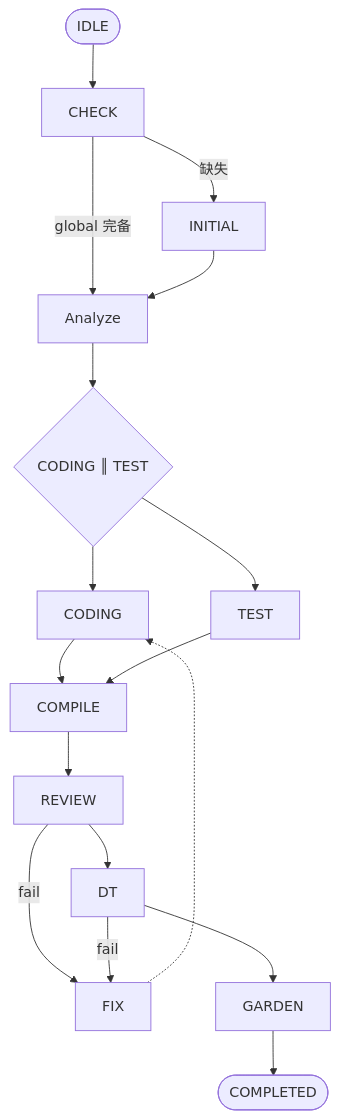
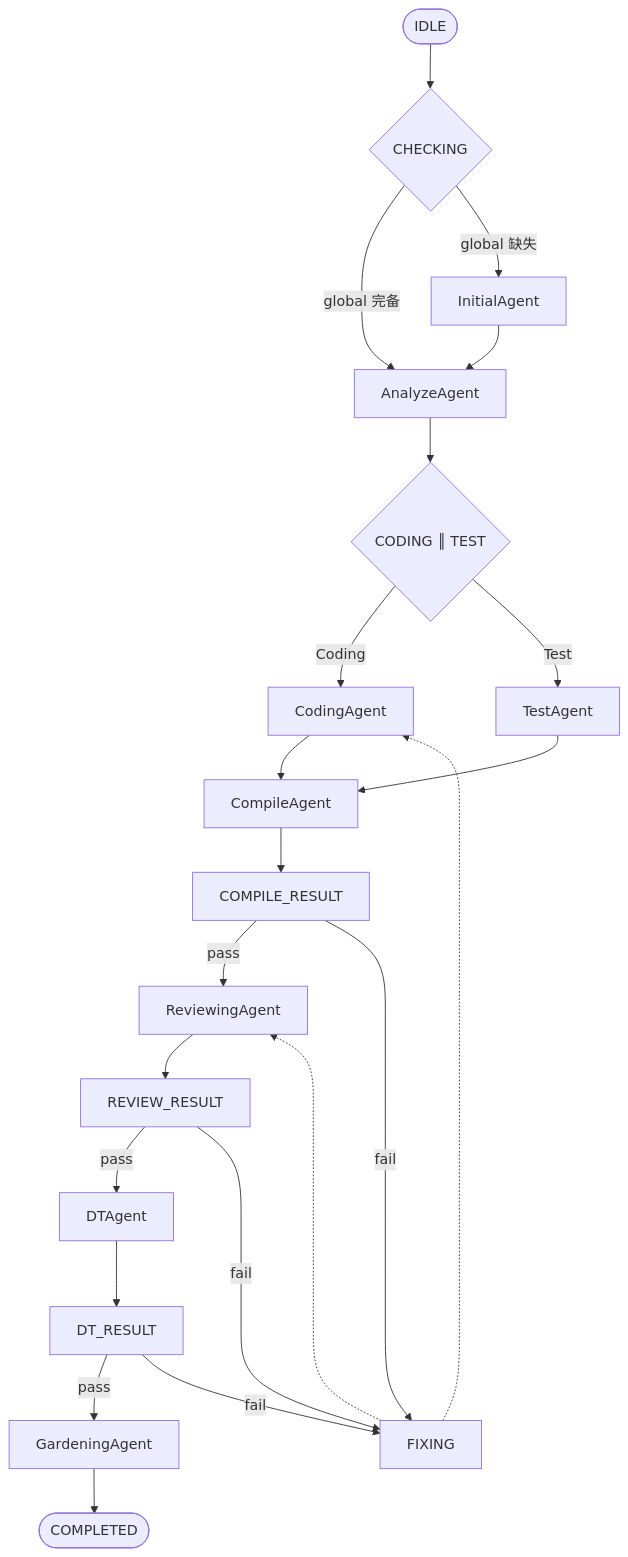
The diagram in README.md (Eathoublu/EathouHarness), drawn with Mermaid before and after one commit.

Commit message:
init commit

````diff
--- a/README.md
+++ b/README.md
@@ -24,23 +24,30 @@
 ```mermaid
 flowchart TD
-    START([IDLE]) --> CHECK
-    CHECK -->|global 完备| ANALYZE
-    CHECK -->|缺失| INITIAL
-    INITIAL --> ANALYZE
+    START([IDLE]) --> CHECK{CHECKING}
+    CHECK -->|global 完备| ANALYZING
+    CHECK -->|global 缺失| INITIAL[InitialAgent]
+    INITIAL --> ANALYZING
     
-    ANALYZE[Analyze] --> PAR{CODING ║ TEST}
-    PAR --> CODING
-    PAR --> TEST
-    CODING --> COMPILE
-    TEST --> COMPILE
+    ANALYZING[AnalyzeAgent] --> PAR{CODING ║ TEST}
+    PAR -->|Coding| CODING[CodingAgent]
+    PAR -->|Test| TEST[TestAgent]
+    CODING --> COMPILING
+    TEST --> COMPILING
     
-    COMPILE --> REVIEW
-    REVIEW -->|fail| FIX
-    REVIEW --> DT
+    COMPILING[CompileAgent] --> COMPILE_RESULT
+    COMPILE_RESULT -->|pass| REVIEWING[ReviewingAgent]
+    COMPILE_RESULT -->|fail| FIXING
     
-    DT -->|fail| FIX
-    DT --> GARDEN
+    REVIEWING --> REVIEW_RESULT
+    REVIEW_RESULT -->|pass| DT[DTAgent]
+    REVIEW_RESULT -->|fail| FIXING
     
-    GARDEN --> END([COMPLETED])
-    FIX -.-> CODING
+    DT --> DT_RESULT
+    DT_RESULT -->|pass| GARDENING[GardeningAgent]
+    DT_RESULT -->|fail| FIXING
+    
+    GARDENING --> END([COMPLETED])
+    
+    FIXING -.-> CODING
+    FIXING -.-> REVIEWING
 ```
````
